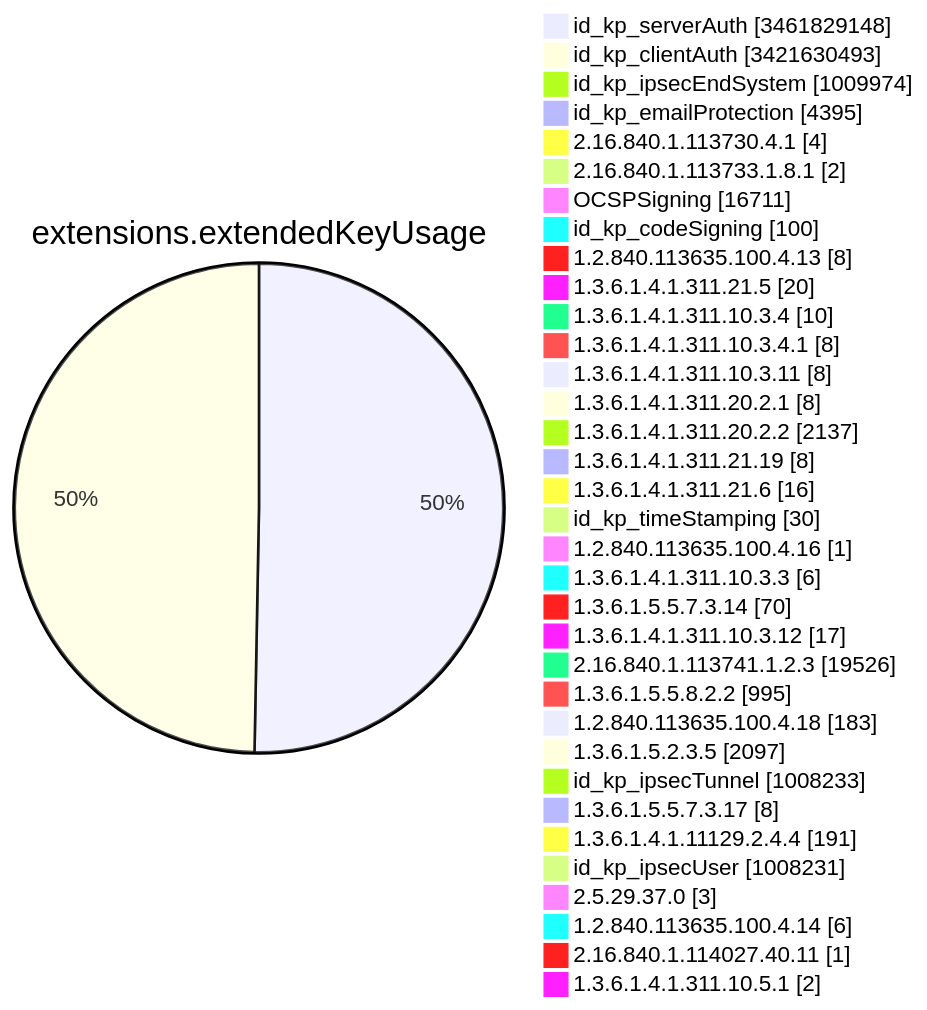
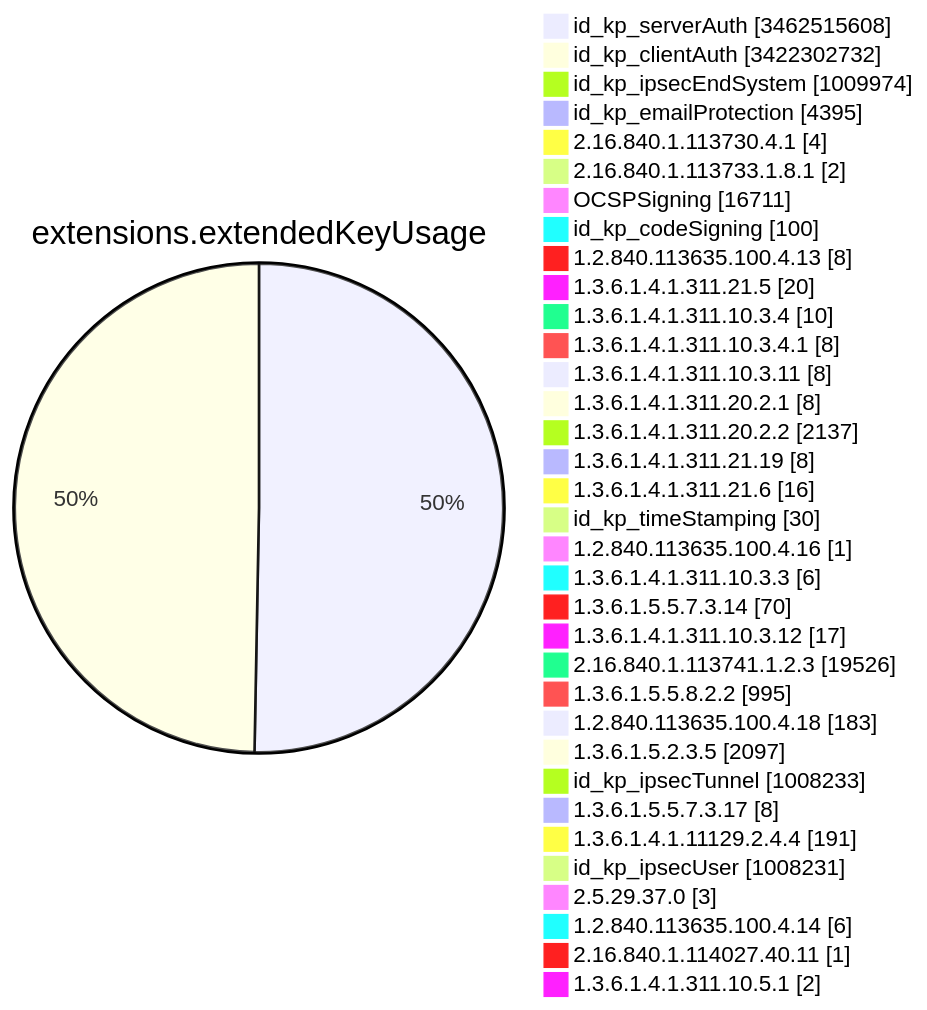
Before and after one commit to christiankrug/ctmonitor_visualization: diagram 11 of 15 in TOTAL/README.md, drawn with Mermaid. The commit also changed other lines of this file, not shown here.

````diff
--- a/TOTAL/README.md
+++ b/TOTAL/README.md
@@ -4123,38 +4123,38 @@
 ```mermaid
 pie showData
 title extensions.extendedKeyUsage
-"id_kp_serverAuth" :3461829148
-"id_kp_clientAuth" :3421630493
+"id_kp_serverAuth" :3462515608
+"id_kp_clientAuth" :3422302732
 "id_kp_ipsecEndSystem" :1009974
 "id_kp_emailProtection" :4395
 "2.16.840.1.113730.4.1" :4
 "2.16.840.1.113733.1.8.1" :2
 "OCSPSigning" :16711
 "id_kp_codeSigning" :100
 "1.2.840.113635.100.4.13" :8
 "1.3.6.1.4.1.311.21.5" :20
 "1.3.6.1.4.1.311.10.3.4" :10
 "1.3.6.1.4.1.311.10.3.4.1" :8
 "1.3.6.1.4.1.311.10.3.11" :8
 "1.3.6.1.4.1.311.20.2.1" :8
 "1.3.6.1.4.1.311.20.2.2" :2137
 "1.3.6.1.4.1.311.21.19" :8
 "1.3.6.1.4.1.311.21.6" :16
 "id_kp_timeStamping" :30
 "1.2.840.113635.100.4.16" :1
 "1.3.6.1.4.1.311.10.3.3" :6
 "1.3.6.1.5.5.7.3.14" :70
 "1.3.6.1.4.1.311.10.3.12" :17
 "2.16.840.1.113741.1.2.3" :19526
 "1.3.6.1.5.5.8.2.2" :995
 "1.2.840.113635.100.4.18" :183
 "1.3.6.1.5.2.3.5" :2097
 "id_kp_ipsecTunnel" :1008233
 "1.3.6.1.5.5.7.3.17" :8
 "1.3.6.1.4.1.11129.2.4.4" :191
 "id_kp_ipsecUser" :1008231
 "2.5.29.37.0" :3
 "1.2.840.113635.100.4.14" :6
 "2.16.840.1.114027.40.11" :1
 "1.3.6.1.4.1.311.10.5.1" :2
 ```
````
